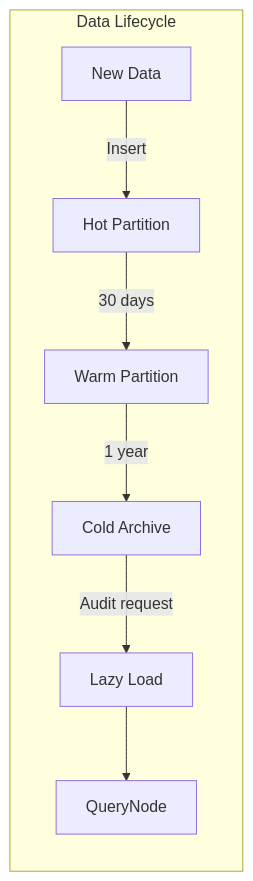
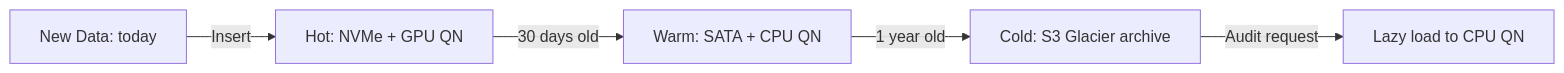
The fourth of 4 diagrams in SW-ML-AI Engineering/10 - Cloud, Infra y Backend/33 - Vector Databases and Semantic Search/08 - Milvus II - Kubernetes and Multi-tenancy.md (Leito2/Learning), drawn with Mermaid before and after one commit. The commit also changed other lines of this file and 123 other files, not shown here.

````diff
--- a/SW-ML-AI Engineering/10 - Cloud, Infra y Backend/33 - Vector Databases and Semantic Search/08 - Milvus II - Kubernetes and Multi-tenancy.md
+++ b/SW-ML-AI Engineering/10 - Cloud, Infra y Backend/33 - Vector Databases and Semantic Search/08 - Milvus II - Kubernetes and Multi-tenancy.md
@@ -422,10 +269,7 @@
 ```mermaid
 graph LR
-    subgraph Tier["Data Lifecycle"]
-        A[New Data] -->|Insert| B[Hot Partition]
-        B -->|30 days| C[Warm Partition]
-        C -->|1 year| D[Cold Archive]
-        D -->|Audit request| E[Lazy Load]
-        E --> F[QueryNode]
-    end
+    A[New Data: today] -->|Insert| B[Hot: NVMe + GPU QN]
+    B -->|30 days old| C[Warm: SATA + CPU QN]
+    C -->|1 year old| D[Cold: S3 Glacier archive]
+    D -->|Audit request| E[Lazy load to CPU QN]
 ```
````
